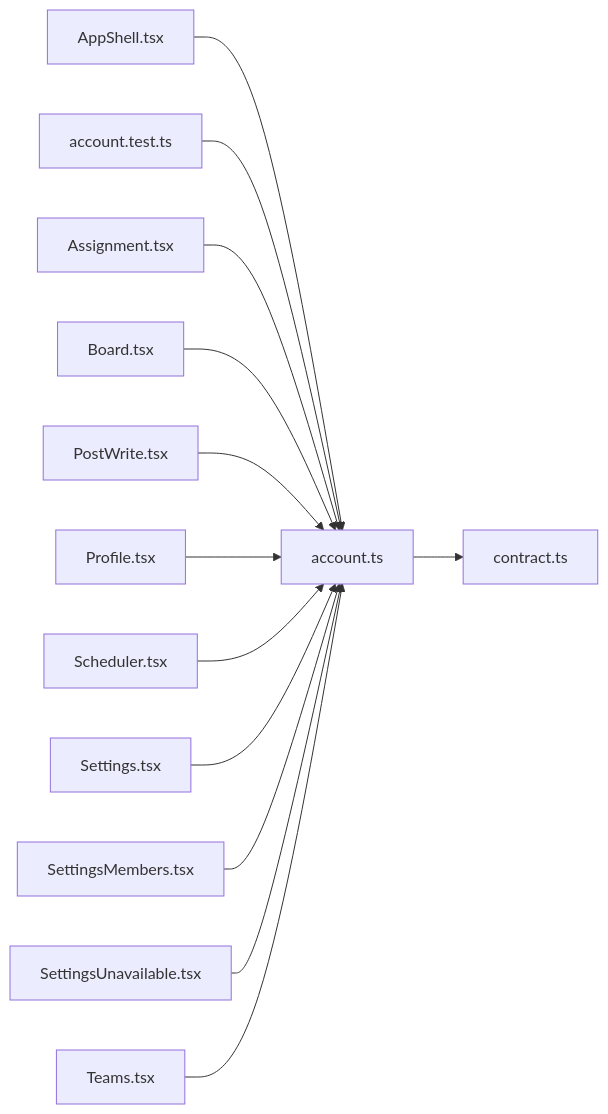
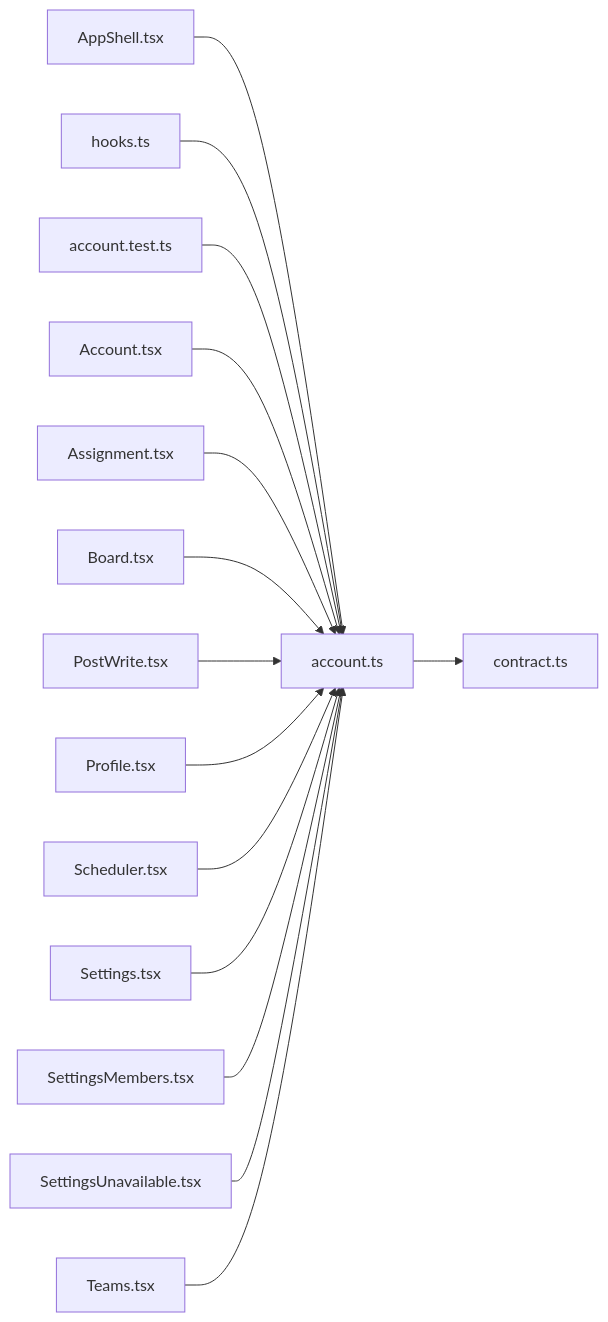
One commit to minkong-dev/Banblit changed the diagram in .cluedoc/graph/frontend/src/lib/account.md. Above: the diagram before and after it, drawn with Mermaid. The commit also changed other lines of this file and 29 other files, not shown here.

````diff
--- a/.cluedoc/graph/frontend/src/lib/account.md
+++ b/.cluedoc/graph/frontend/src/lib/account.md
@@ -10,16 +10,18 @@
 ```mermaid
 flowchart LR
   frontend_src_lib_account["account.ts"]
   frontend_src_lib_account --> frontend_src_lib_contract["contract.ts"]
   frontend_src_components_AppShell["AppShell.tsx"] --> frontend_src_lib_account
+  frontend_src_components_hooks["hooks.ts"] --> frontend_src_lib_account
   frontend_src_lib_account_test["account.test.ts"] --> frontend_src_lib_account
+  frontend_src_routes_Account["Account.tsx"] --> frontend_src_lib_account
   frontend_src_routes_Assignment["Assignment.tsx"] --> frontend_src_lib_account
   frontend_src_routes_Board["Board.tsx"] --> frontend_src_lib_account
   frontend_src_routes_PostWrite["PostWrite.tsx"] --> frontend_src_lib_account
   frontend_src_routes_Profile["Profile.tsx"] --> frontend_src_lib_account
   frontend_src_routes_Scheduler["Scheduler.tsx"] --> frontend_src_lib_account
   frontend_src_routes_Settings["Settings.tsx"] --> frontend_src_lib_account
   frontend_src_routes_SettingsMembers["SettingsMembers.tsx"] --> frontend_src_lib_account
   frontend_src_routes_SettingsUnavailable["SettingsUnavailable.tsx"] --> frontend_src_lib_account
   frontend_src_routes_Teams["Teams.tsx"] --> frontend_src_lib_account
 ```
````
